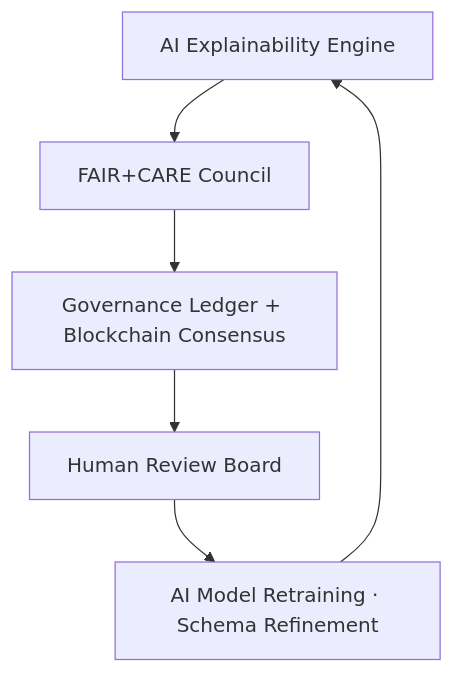
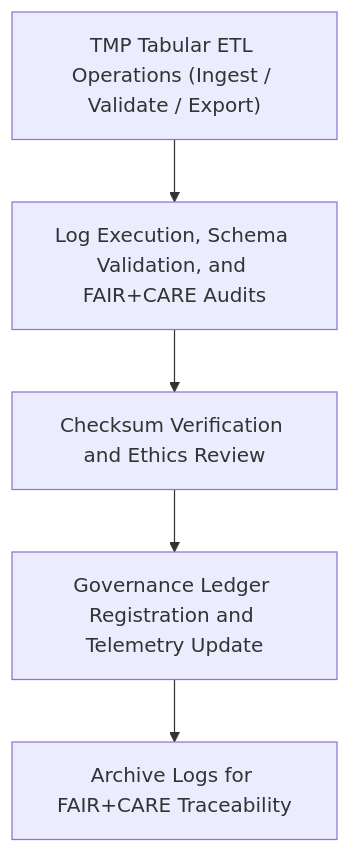
One commit to bartytime4life/Kansas-Frontier-Matrix changed the diagram in data/work/tmp/tabular/logs/README.md. Above: the diagram before and after it, drawn with Mermaid. The commit also changed other lines of this file, not shown here.

````diff
--- a/data/work/tmp/tabular/logs/README.md
+++ b/data/work/tmp/tabular/logs/README.md
@@ -69,8 +68,7 @@
 ```mermaid
-graph TD
-A[AI Explainability Engine] --> B[FAIR+CARE Council]
-B --> C[Governance Ledger + Blockchain Consensus]
-C --> D[Human Review Board]
-D --> E[AI Model Retraining · Schema Refinement]
-E --> A
+flowchart TD
+    A["TMP Tabular ETL Operations (Ingest / Validate / Export)"] --> B["Log Execution, Schema Validation, and FAIR+CARE Audits"]
+    B --> C["Checksum Verification and Ethics Review"]
+    C --> D["Governance Ledger Registration and Telemetry Update"]
+    D --> E["Archive Logs for FAIR+CARE Traceability"]
 ```
````
